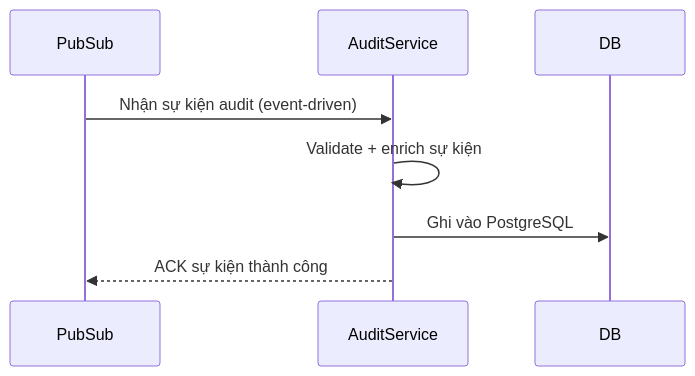
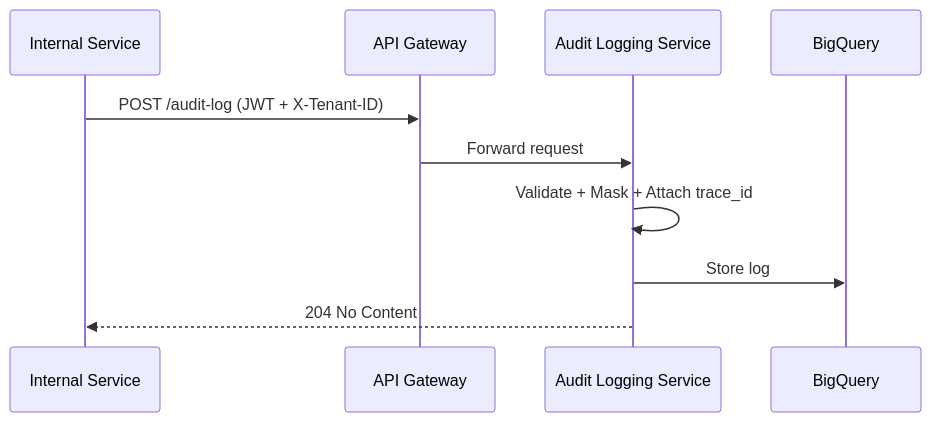
Before and after one commit to ezdesign-vn/dx-vas: the third of 5 diagrams in docs/services/audit-logging-service/design.md, drawn with Mermaid. The commit also changed other lines of this file and 3 other files, not shown here.

Commit message:
init audit logging service

````diff
--- a/docs/services/audit-logging-service/design.md
+++ b/docs/services/audit-logging-service/design.md
@@ -163,11 +238,13 @@
 ```mermaid
 sequenceDiagram
-    participant PubSub
-    participant AuditService
-    participant DB
+  participant ServiceY as Internal Service
+  participant Gateway as API Gateway
+  participant ALS as Audit Logging Service
+  participant DB as BigQuery
 
-    PubSub->>AuditService: Nhận sự kiện audit (event-driven)
-    AuditService->>AuditService: Validate + enrich sự kiện
-    AuditService->>DB: Ghi vào PostgreSQL
-    AuditService-->>PubSub: ACK sự kiện thành công
+  ServiceY->>Gateway: POST /audit-log (JWT + X-Tenant-ID)
+  Gateway->>ALS: Forward request
+  ALS->>ALS: Validate + Mask + Attach trace_id
+  ALS->>DB: Store log
+  ALS-->>ServiceY: 204 No Content
 ```
````
